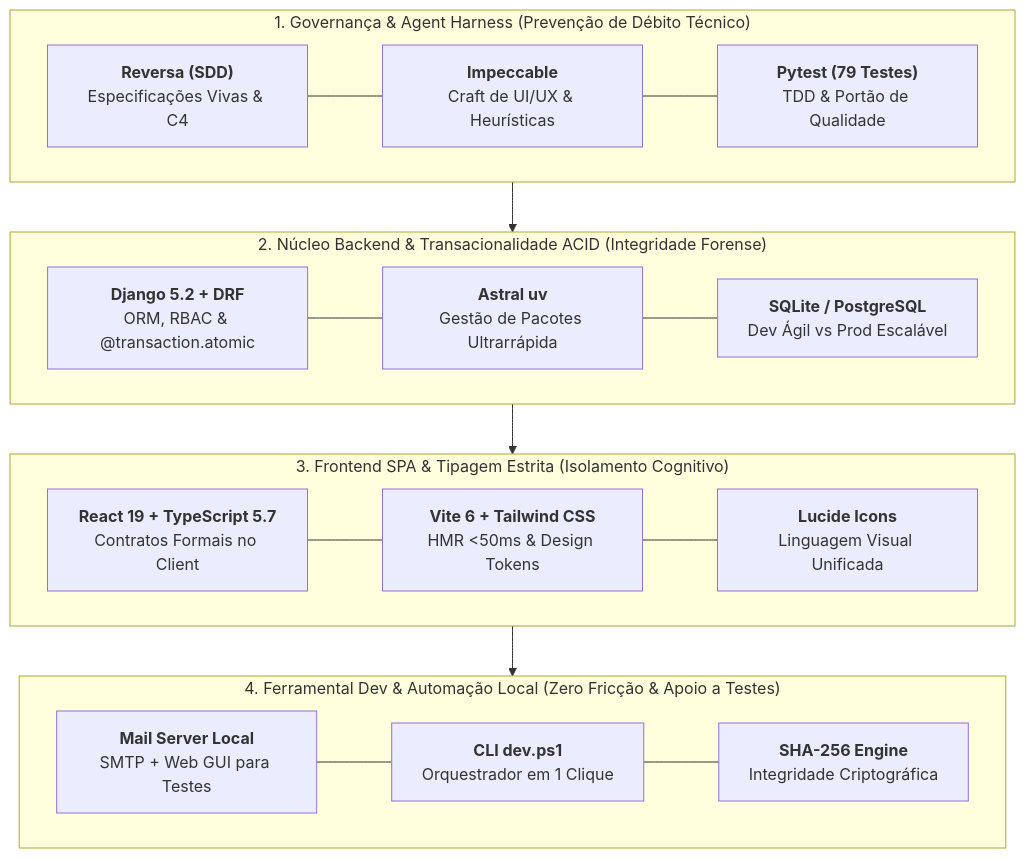
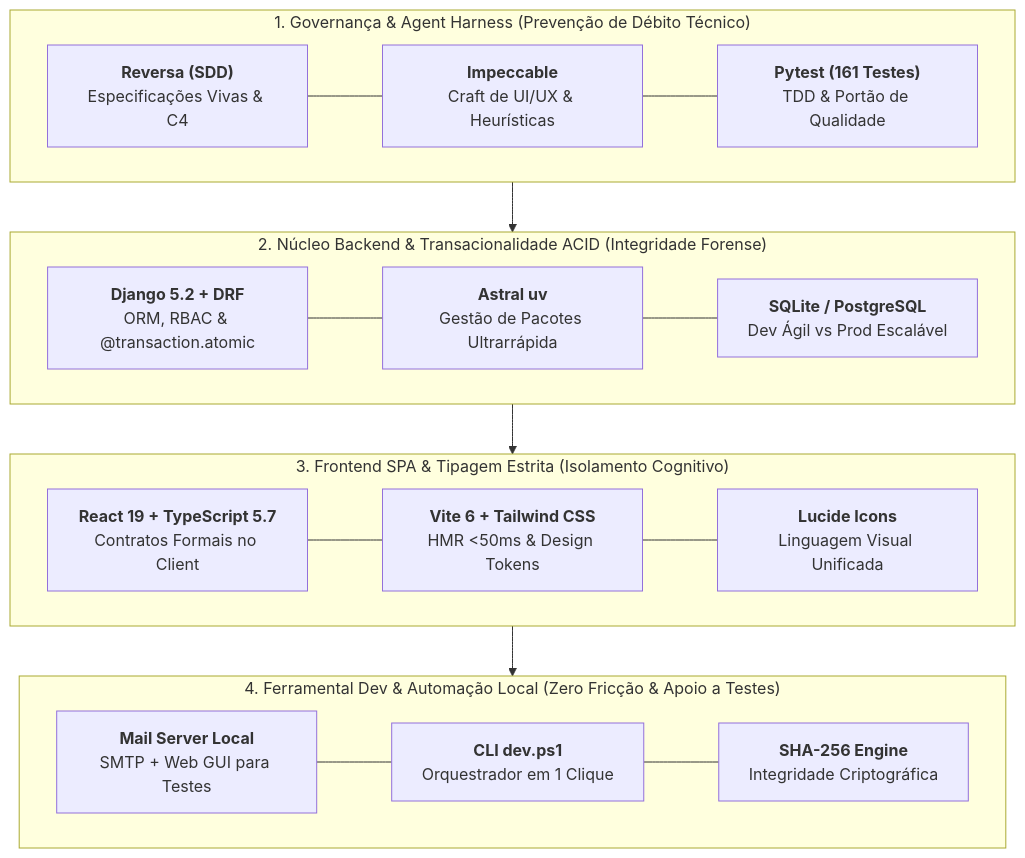
The third of 3 diagrams in README.md (andresouza72br-sketch/SHM---Support-Hours-Manage), drawn with Mermaid before and after one commit. The commit also changed other lines of this file, not shown here.

````diff
--- a/README.md
+++ b/README.md
@@ -202,24 +263,24 @@
 ```mermaid
 flowchart TD
     subgraph Metodologia["1. Governança & Agent Harness (Prevenção de Débito Técnico)"]
         direction LR
-        M1["<b>Reversa (SDD)</b><br>Especificações Vivas & C4"] --- M2["<b>Impeccable</b><br>Craft de UI/UX & Heurísticas"] --- M3["<b>Pytest (79 Testes)</b><br>TDD & Portão de Qualidade"]
+        M1["<b>Reversa (SDD)</b><br>Especificações Vivas & C4"] --- M2["<b>Impeccable</b><br>Craft de UI/UX & Heurísticas"] --- M3["<b>Pytest (161 Testes)</b><br>TDD & Portão de Qualidade"]
     end
 
     subgraph Core["2. Núcleo Backend & Transacionalidade ACID (Integridade Forense)"]
         direction LR
         B1["<b>Django 5.2 + DRF</b><br>ORM, RBAC & @transaction.atomic"] --- B2["<b>Astral uv</b><br>Gestão de Pacotes Ultrarrápida"] --- B3["<b>SQLite / PostgreSQL</b><br>Dev Ágil vs Prod Escalável"]
     end
 
     subgraph Client["3. Frontend SPA & Tipagem Estrita (Isolamento Cognitivo)"]
         direction LR
         F1["<b>React 19 + TypeScript 5.7</b><br>Contratos Formais no Client"] --- F2["<b>Vite 6 + Tailwind CSS</b><br>HMR <50ms & Design Tokens"] --- F3["<b>Lucide Icons</b><br>Linguagem Visual Unificada"]
     end
 
     subgraph Tools["4. Ferramental Dev & Automação Local (Zero Fricção & Apoio a Testes)"]
         direction LR
         T1["<b>Mail Server Local</b><br>SMTP + Web GUI para Testes"] --- T2["<b>CLI dev.ps1</b><br>Orquestrador em 1 Clique"] --- T3["<b>SHA-256 Engine</b><br>Integridade Criptográfica"]
     end
 
     Metodologia --> Core --> Client --> Tools
 ```
````
